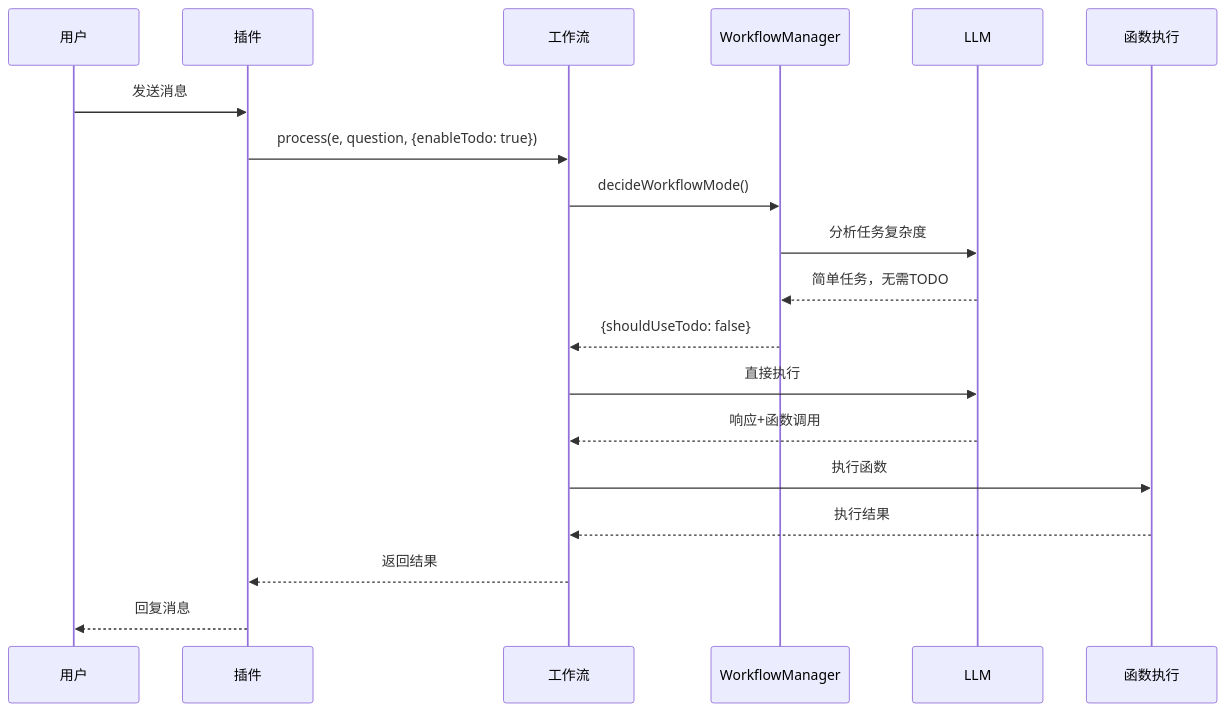
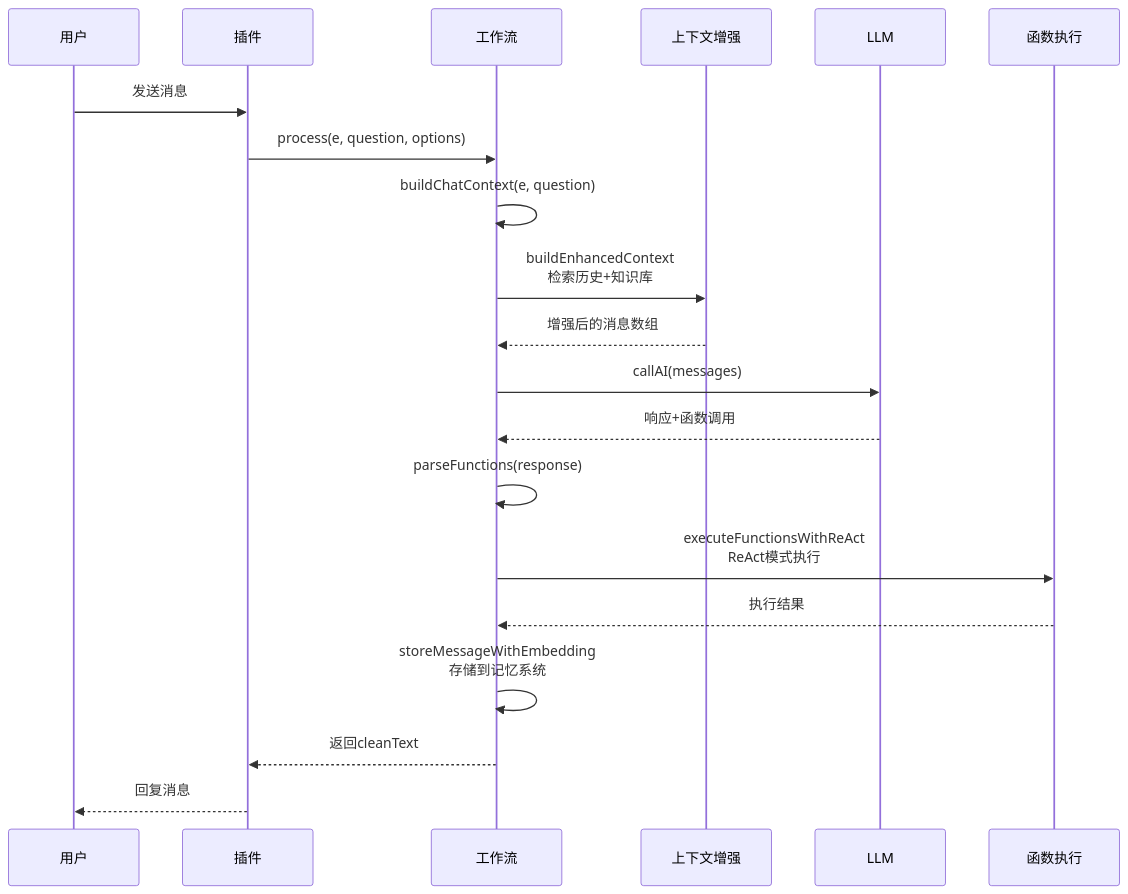
The third of 15 diagrams in docs/工作流系统完整文档.md (sunflowermm/XRK-AGT), drawn with Mermaid before and after one commit. The commit also changed other lines of this file and 5 other files, not shown here.

````diff
--- a/docs/工作流系统完整文档.md
+++ b/docs/工作流系统完整文档.md
@@ -156,22 +156,23 @@
 ```mermaid
 sequenceDiagram
     participant User as 用户
     participant Plugin as 插件
     participant Stream as 工作流
-    participant Manager as WorkflowManager
+    participant Context as 上下文增强
     participant LLM as LLM
     participant Func as 函数执行
 
     User->>Plugin: 发送消息
-    Plugin->>Stream: process(e, question, {enableTodo: true})
-    Stream->>Manager: decideWorkflowMode()
-    Manager->>LLM: 分析任务复杂度
-    LLM-->>Manager: 简单任务，无需TODO
-    Manager-->>Stream: {shouldUseTodo: false}
-    Stream->>LLM: 直接执行
+    Plugin->>Stream: process(e, question, options)
+    Stream->>Stream: buildChatContext(e, question)
+    Stream->>Context: buildEnhancedContext<br/>检索历史+知识库
+    Context-->>Stream: 增强后的消息数组
+    Stream->>LLM: callAI(messages)
     LLM-->>Stream: 响应+函数调用
-    Stream->>Func: 执行函数
+    Stream->>Stream: parseFunctions(response)
+    Stream->>Func: executeFunctionsWithReAct<br/>ReAct模式执行
     Func-->>Stream: 执行结果
-    Stream-->>Plugin: 返回结果
+    Stream->>Stream: storeMessageWithEmbedding<br/>存储到记忆系统
+    Stream-->>Plugin: 返回cleanText
     Plugin-->>User: 回复消息
 ```
````
